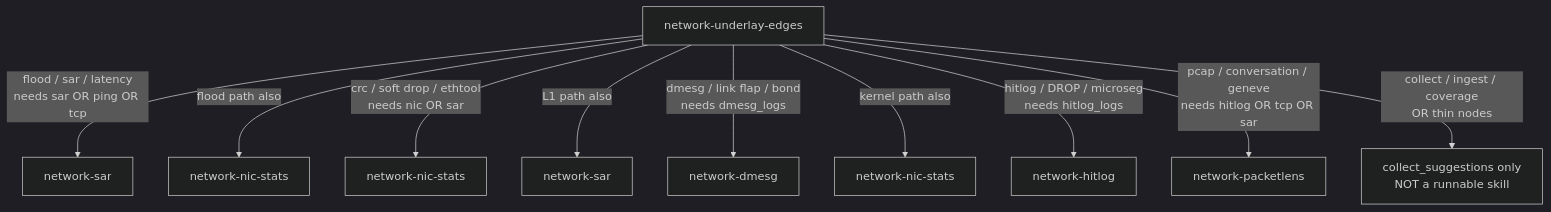
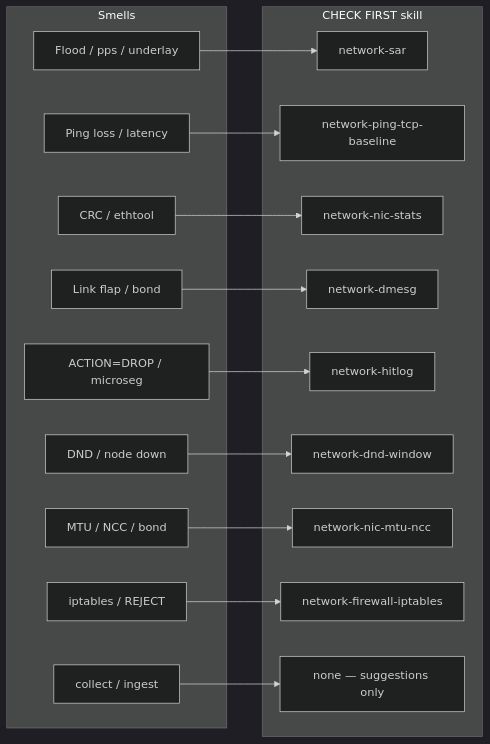
One commit to rakeshnutest/flow_pc_dump_for_neo4j changed the seventh of 17 diagrams in GARUDA_DESIGN.md. Above: the diagram before and after it, drawn with Mermaid (dark theme). The commit also changed other lines of this file, not shown here.

Commit message:
Update the Garuda design to the networking RCA flow.

````diff
--- a/GARUDA_DESIGN.md
+++ b/GARUDA_DESIGN.md
@@ -74,13 +173,36 @@
 ```mermaid
-flowchart TD
-  Edges["network-underlay-edges"]
-  Edges -->|flood / sar / latency<br/>needs sar OR ping OR tcp| SAR["network-sar"]
-  Edges -->|flood path also| NIC1["network-nic-stats"]
-  Edges -->|crc / soft drop / ethtool<br/>needs nic OR sar| NIC2["network-nic-stats"]
-  Edges -->|L1 path also| SAR2["network-sar"]
-  Edges -->|dmesg / link flap / bond<br/>needs dmesg_logs| Dmesg["network-dmesg"]
-  Edges -->|kernel path also| NIC3["network-nic-stats"]
-  Edges -->|hitlog / DROP / microseg<br/>needs hitlog_logs| Hitlog["network-hitlog"]
-  Edges -->|pcap / conversation / geneve<br/>needs hitlog OR tcp OR sar| Pcap["network-packetlens"]
-  Edges -->|collect / ingest / coverage<br/>OR thin nodes| Suggest["collect_suggestions only<br/>NOT a runnable skill"]
+flowchart LR
+  subgraph Smells
+    F["Flood / pps / underlay"]
+    P["Ping loss / latency"]
+    C["CRC / ethtool"]
+    K["Link flap / bond"]
+    H["ACTION=DROP / microseg"]
+    D["DND / node down"]
+    M["MTU / NCC / bond"]
+    FW["iptables / REJECT"]
+    Col["collect / ingest"]
+  end
+
+  subgraph CheckFirst["CHECK FIRST skill"]
+    SF["network-sar"]
+    SP["network-ping-tcp-baseline"]
+    SN["network-nic-stats"]
+    SD["network-dmesg"]
+    SH["network-hitlog"]
+    SDn["network-dnd-window"]
+    SM["network-nic-mtu-ncc"]
+    SFw["network-firewall-iptables"]
+    SNone["none — suggestions only"]
+  end
+
+  F --> SF
+  P --> SP
+  C --> SN
+  K --> SD
+  H --> SH
+  D --> SDn
+  M --> SM
+  FW --> SFw
+  Col --> SNone
 ```
````
